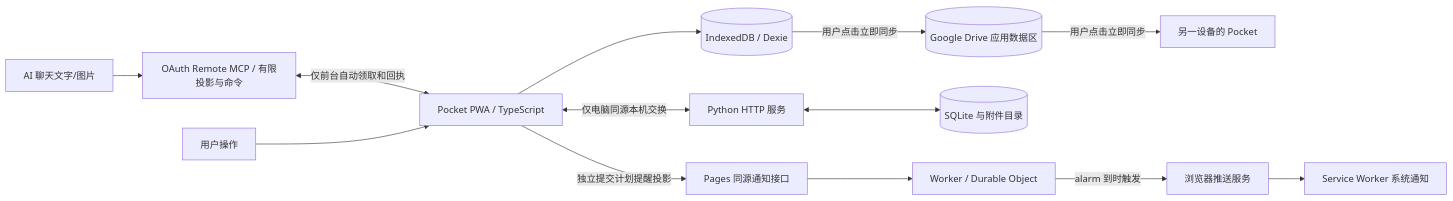
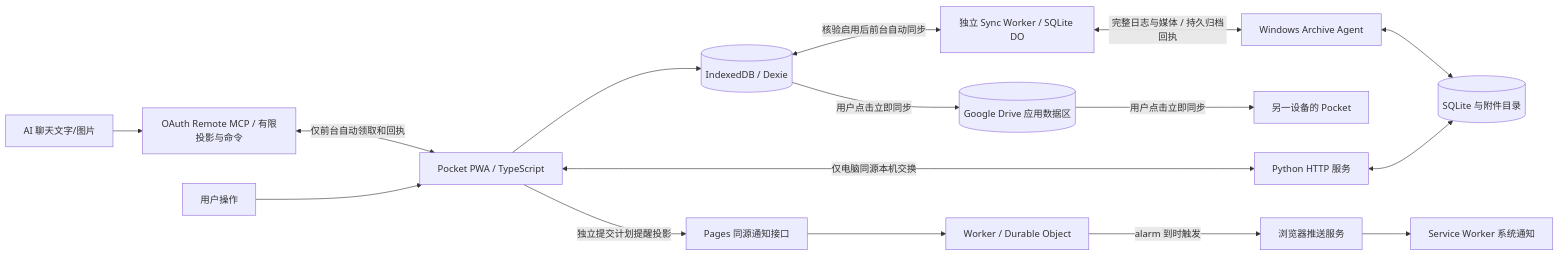
Before and after one commit to ZheyuanZeno/lifeos3.0: the diagram in README.md, drawn with Mermaid. The commit also changed other lines of this file and 38 other files, not shown here.

Commit message:
Add verified AutoSync and Windows durable archive with safe migration

```diff
--- a/README.md
+++ b/README.md
@@ -26,15 +28,18 @@
 ~~~mermaid
 flowchart LR
     Chat[AI 聊天文字/图片] --> MCP[OAuth Remote MCP / 有限投影与命令]
     MCP <-->|仅前台自动领取和回执| Pocket
     User[用户操作] --> Pocket[Pocket PWA / TypeScript]
     Pocket --> Local[(IndexedDB / Dexie)]
     Local -->|用户点击立即同步| Drive[(Google Drive 应用数据区)]
+    Local <-->|核验启用后前台自动同步| SyncHub[独立 Sync Worker / SQLite DO]
+    SyncHub <-->|完整日志与媒体 / 持久归档回执| Archive[Windows Archive Agent]
+    Archive <--> SQLite
     Drive -->|用户点击立即同步| Other[另一设备的 Pocket]
     Pocket <-->|仅电脑同源本机交换| Python[Python HTTP 服务]
     Python <--> SQLite[(SQLite 与附件目录)]
     Pocket -->|独立提交计划提醒投影| Pages[Pages 同源通知接口]
     Pages --> Hub[Worker / Durable Object]
     Hub -->|alarm 到时触发| Push[浏览器推送服务]
     Push --> SW[Service Worker 系统通知]
 ~~~
```
